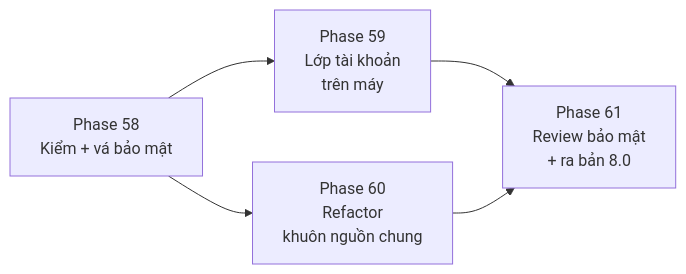
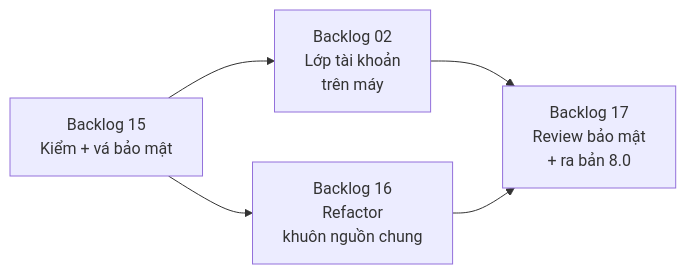
One commit to nvminhtu/niche-radar-docs changed the diagram in docs/web/version-8.md. Above: the diagram before and after it, drawn with Mermaid. The commit also changed other lines of this file and 474 other files, not shown here.

Commit message:
sync: đánh số lại phase theo thứ tự làm (1–62), KO LÀM → Backlog 01–21, link cũ tự chuyển trang

````diff
--- a/docs/web/version-8.md
+++ b/docs/web/version-8.md
@@ -26,6 +26,6 @@
 ```mermaid
 flowchart LR
-  S[Phase 58<br/>Kiểm + vá bảo mật] --> A[Phase 59<br/>Lớp tài khoản<br/>trên máy]
-  S --> R[Phase 60<br/>Refactor<br/>khuôn nguồn chung]
-  A & R --> V[Phase 61<br/>Review bảo mật<br/>+ ra bản 8.0]
+  S[Backlog 15<br/>Kiểm + vá bảo mật] --> A[Backlog 02<br/>Lớp tài khoản<br/>trên máy]
+  S --> R[Backlog 16<br/>Refactor<br/>khuôn nguồn chung]
+  A & R --> V[Backlog 17<br/>Review bảo mật<br/>+ ra bản 8.0]
 ```
````
